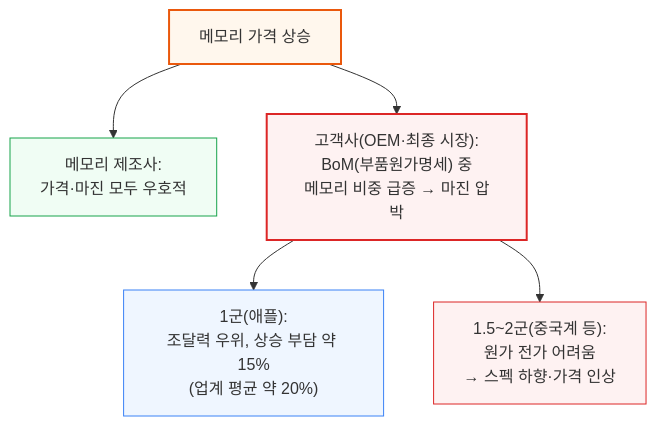
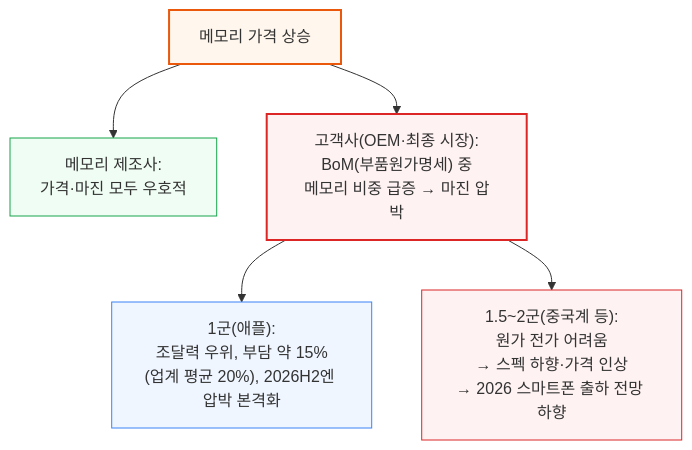
Diagram 27 of 36 in 원본 해석/[260207] 메모리 마니아 - 40년 만의 공급 부족이 부르는 메모리 붐.md (yohan4477/semi-report), drawn with Mermaid before and after one commit. The commit also changed other lines of this file, not shown here.

````diff
--- a/원본 해석/[260207] 메모리 마니아 - 40년 만의 공급 부족이 부르는 메모리 붐.md
+++ b/원본 해석/[260207] 메모리 마니아 - 40년 만의 공급 부족이 부르는 메모리 붐.md
@@ -516,13 +516,13 @@
 ```mermaid
 flowchart TD
     Rise["메모리 가격 상승"] --> Supplier["메모리 제조사:<br/>가격·마진 모두 우호적"]
     Rise --> Customer["고객사(OEM·최종 시장):<br/>BoM(부품원가명세) 중<br/>메모리 비중 급증 → 마진 압박"]
-    Customer --> Tier1["1군(애플):<br/>조달력 우위, 상승 부담 약 15%<br/>(업계 평균 약 20%)"]
-    Customer --> Tier2["1.5~2군(중국계 등):<br/>원가 전가 어려움<br/>→ 스펙 하향·가격 인상"]
+    Customer --> Tier1["1군(애플):<br/>조달력 우위, 부담 약 15%<br/>(업계 평균 20%), 2026H2엔 압박 본격화"]
+    Customer --> Tier2["1.5~2군(중국계 등):<br/>원가 전가 어려움<br/>→ 스펙 하향·가격 인상<br/>→ 2026 스마트폰 출하 전망 하향"]
 
     style Rise fill:#fff7ed,stroke:#ea580c,stroke-width:2px
     style Supplier fill:#f0fdf4,stroke:#16a34a
     style Customer fill:#fef2f2,stroke:#dc2626,stroke-width:2px
     style Tier1 fill:#eff6ff,stroke:#3b82f6
     style Tier2 fill:#fef2f2,stroke:#dc2626
 ```
````
